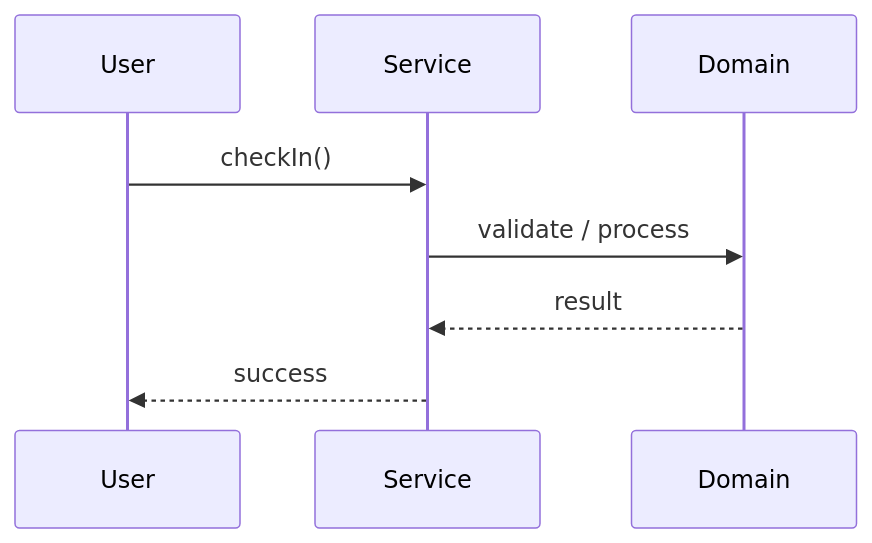
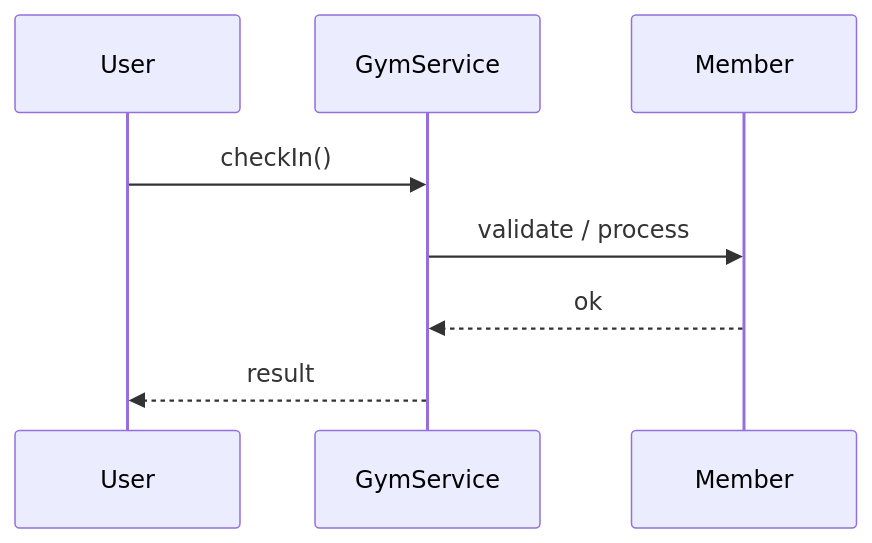
The second of 3 diagrams in Learn/System Design - Low Level Design/02-classic-ood/questions/Q36-gym-membership.md (madhupaila/Interview-Prep-SSE), drawn with Mermaid before and after one commit. The commit also changed other lines of this file and 491 other files, not shown here.

````diff
--- a/Learn/System Design - Low Level Design/02-classic-ood/questions/Q36-gym-membership.md
+++ b/Learn/System Design - Low Level Design/02-classic-ood/questions/Q36-gym-membership.md
@@ -122,10 +149,10 @@
 ```mermaid
 sequenceDiagram
-    participant U as User
-    participant S as Service
-    participant D as Domain
-    U->>S: checkIn()
-    S->>D: validate / process
-    D-->>S: result
-    S-->>U: success
+participant U as User
+participant S as GymService
+participant D as Member
+U->>S: checkIn()
+S->>D: validate / process
+D-->>S: ok
+S-->>U: result
 ```
````
